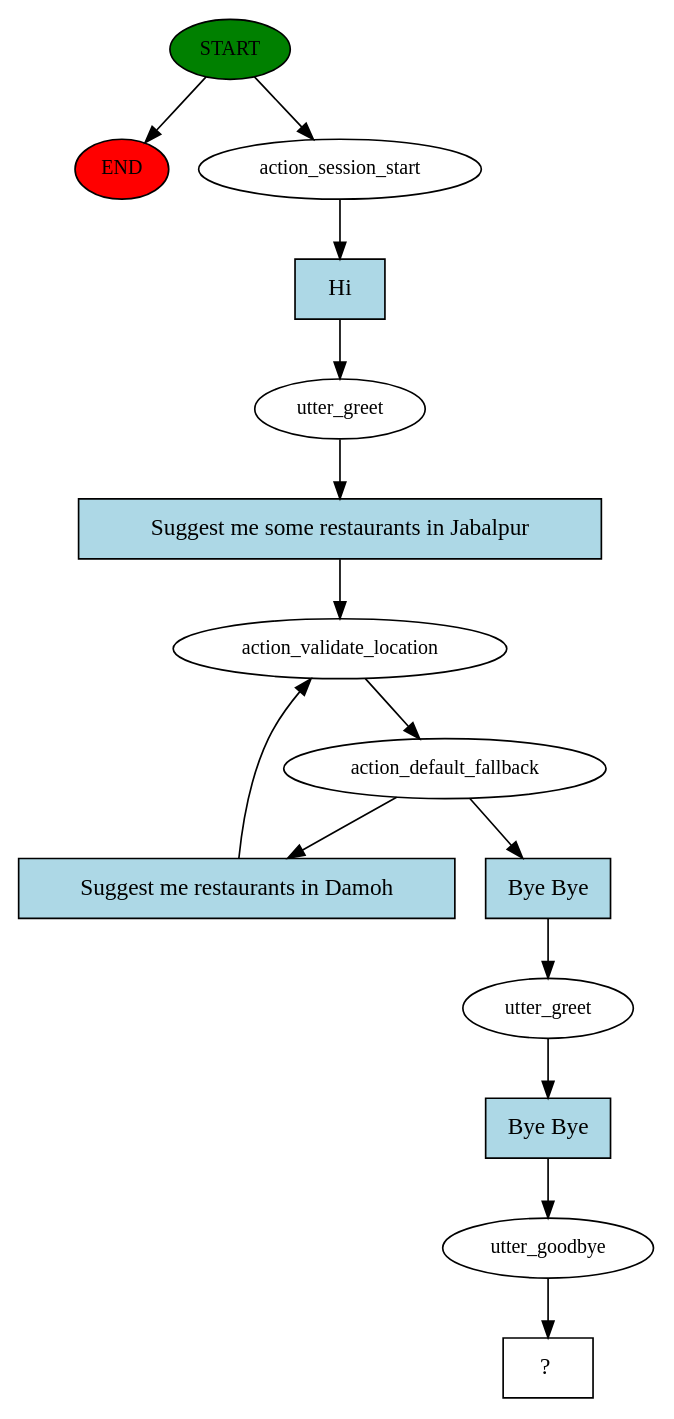
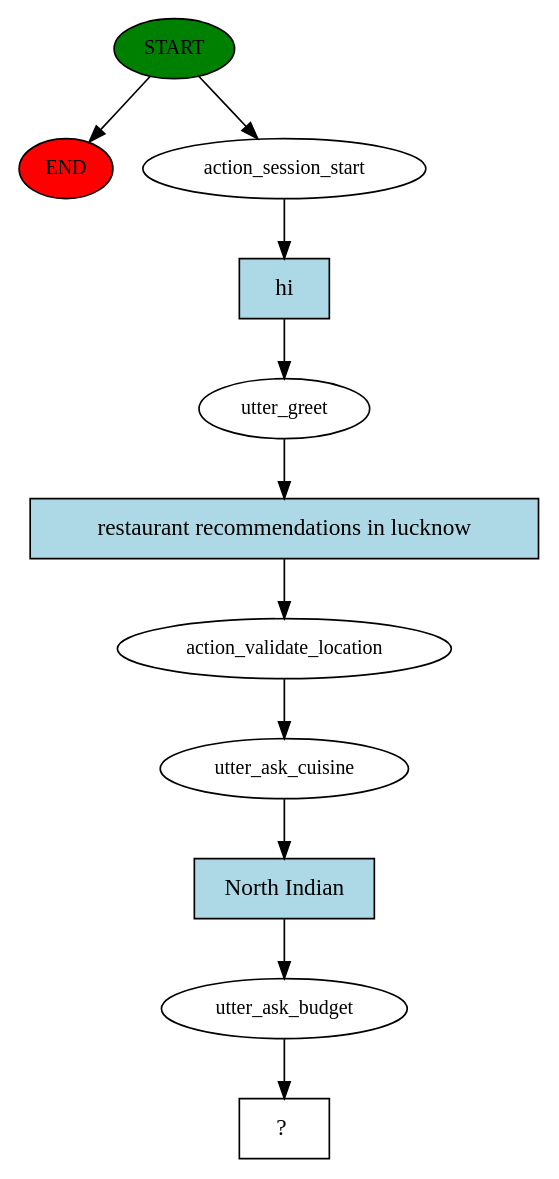
Before and after one commit to pandeyvaibhav/RasaFoodieRobi: the diagram in story_graph.dot, drawn with Graphviz. The commit also changed 5 other files, not shown here.

```diff
--- a/story_graph.dot
+++ b/story_graph.dot
@@ -1,30 +1,23 @@
 digraph  {
 0 [class="start active", fillcolor=green, fontsize=12, label=START, style=filled];
 "-1" [class=end, fillcolor=red, fontsize=12, label=END, style=filled];
 1 [class=active, fontsize=12, label=action_session_start];
 2 [class=active, fontsize=12, label=utter_greet];
 3 [class=active, fontsize=12, label=action_validate_location];
-4 [class=active, fontsize=12, label=action_default_fallback];
-7 [class=active, fontsize=12, label=utter_greet];
-8 [class=active, fontsize=12, label=utter_goodbye];
-9 [class="intent dashed active", label="  ?  ", shape=rect];
-10 [class="intent active", fillcolor=lightblue, label=Hi, shape=rect, style=filled];
-11 [class="intent active", fillcolor=lightblue, label="Suggest me some restaurants in Jabalpur", shape=rect, style=filled];
-12 [class="intent active", fillcolor=lightblue, label="Suggest me restaurants in Damoh", shape=rect, style=filled];
-13 [class="intent active", fillcolor=lightblue, label="Bye Bye", shape=rect, style=filled];
-14 [class="intent active", fillcolor=lightblue, label="Bye Bye", shape=rect, style=filled];
+4 [class=active, fontsize=12, label=utter_ask_cuisine];
+5 [class=active, fontsize=12, label=utter_ask_budget];
+6 [class="intent dashed active", label="  ?  ", shape=rect];
+7 [class="intent active", fillcolor=lightblue, label=hi, shape=rect, style=filled];
+8 [class="intent active", fillcolor=lightblue, label="restaurant recommendations in lucknow", shape=rect, style=filled];
+9 [class="intent active", fillcolor=lightblue, label="North Indian", shape=rect, style=filled];
 0 -> "-1"  [class="", key=NONE, label=""];
 0 -> 1  [class=active, key=NONE, label=""];
-1 -> 10  [class=active, key=0];
-2 -> 11  [class=active, key=0];
+1 -> 7  [class=active, key=0];
+2 -> 8  [class=active, key=0];
 3 -> 4  [class=active, key=NONE, label=""];
-4 -> 12  [class=active, key=0];
-4 -> 13  [class=active, key=0];
-7 -> 14  [class=active, key=0];
-8 -> 9  [class=active, key=NONE, label=""];
-10 -> 2  [class=active, key=0];
-11 -> 3  [class=active, key=0];
-12 -> 3  [class=active, key=0];
-13 -> 7  [class=active, key=0];
-14 -> 8  [class=active, key=0];
+4 -> 9  [class=active, key=0];
+5 -> 6  [class=active, key=NONE, label=""];
+7 -> 2  [class=active, key=0];
+8 -> 3  [class=active, key=0];
+9 -> 5  [class=active, key=0];
 }
```
